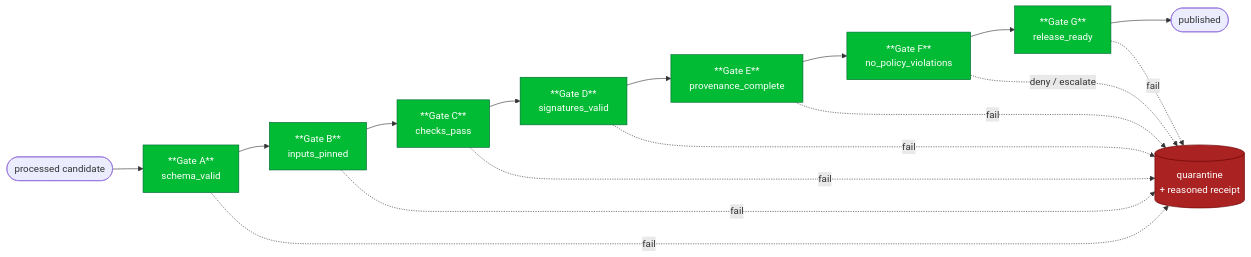
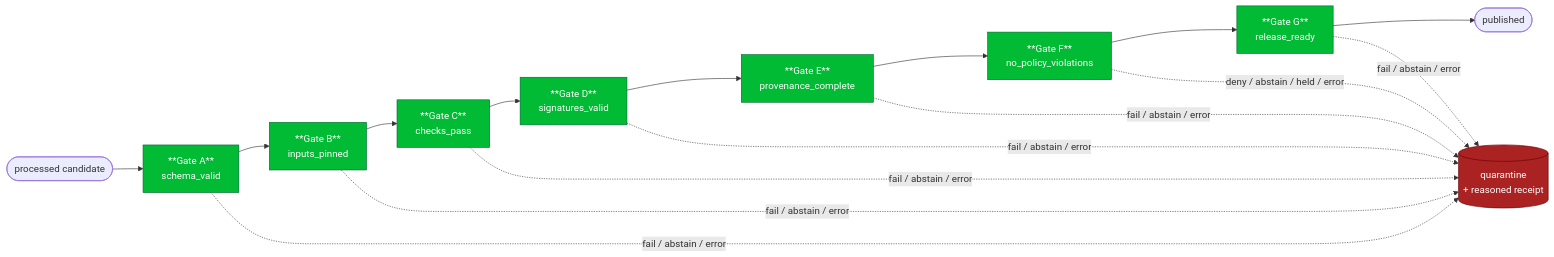
Before and after one commit to bartytime4life/Kansas-Frontier-Matrix: the diagram in docs/adr/ADR-0018-promotion-gate-sequence.md, drawn with Mermaid. The commit also changed other lines of this file, not shown here.

````diff
--- a/docs/adr/ADR-0018-promotion-gate-sequence.md
+++ b/docs/adr/ADR-0018-promotion-gate-sequence.md
@@ -173,24 +216,24 @@
 ```mermaid
 flowchart LR
   Start([processed candidate]) --> A
   A["**Gate A**<br/>schema_valid"] --> B["**Gate B**<br/>inputs_pinned"]
   B --> C["**Gate C**<br/>checks_pass"]
   C --> D["**Gate D**<br/>signatures_valid"]
   D --> E["**Gate E**<br/>provenance_complete"]
   E --> F["**Gate F**<br/>no_policy_violations"]
   F --> G["**Gate G**<br/>release_ready"]
   G --> Pub([published])
 
-  A -. fail .-> Q[(quarantine<br/>+ reasoned receipt)]
-  B -. fail .-> Q
-  C -. fail .-> Q
-  D -. fail .-> Q
-  E -. fail .-> Q
-  F -. deny / escalate .-> Q
-  G -. fail .-> Q
+  A -. fail / abstain / error .-> Q[(quarantine<br/>+ reasoned receipt)]
+  B -. fail / abstain / error .-> Q
+  C -. fail / abstain / error .-> Q
+  D -. fail / abstain / error .-> Q
+  E -. fail / abstain / error .-> Q
+  F -. deny / abstain / held / error .-> Q
+  G -. fail / abstain / error .-> Q
 
   classDef gate fill:#0b3,stroke:#063,color:#fff
   classDef quar fill:#a22,stroke:#600,color:#fff
   class A,B,C,D,E,F,G gate
   class Q quar
 ```
````
